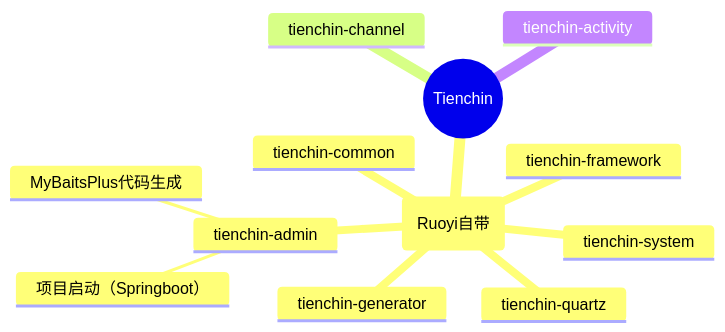
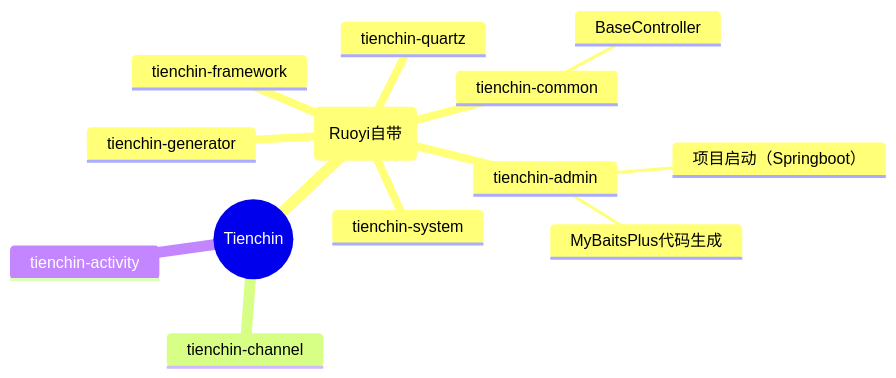
One commit to wangxy98c/TeinChin-Me changed the first of 2 diagrams in FEATURE.md. Above: the diagram before and after it, drawn with Mermaid. The commit also changed other lines of this file and 45 other files, not shown here.

````diff
--- a/FEATURE.md
+++ b/FEATURE.md
@@ -11,15 +13,16 @@
 ```mermaid
 mindmap
 ((Tienchin))
 	(Ruoyi自带)
     tienchin-admin
     	项目启动（Springboot）
     	MyBaitsPlus代码生成
     tienchin-common
+    	BaseController
     tienchin-framework
     tienchin-generator
     tienchin-quartz
     tienchin-system
 	tienchin-channel
 	tienchin-activity
 ```
````
